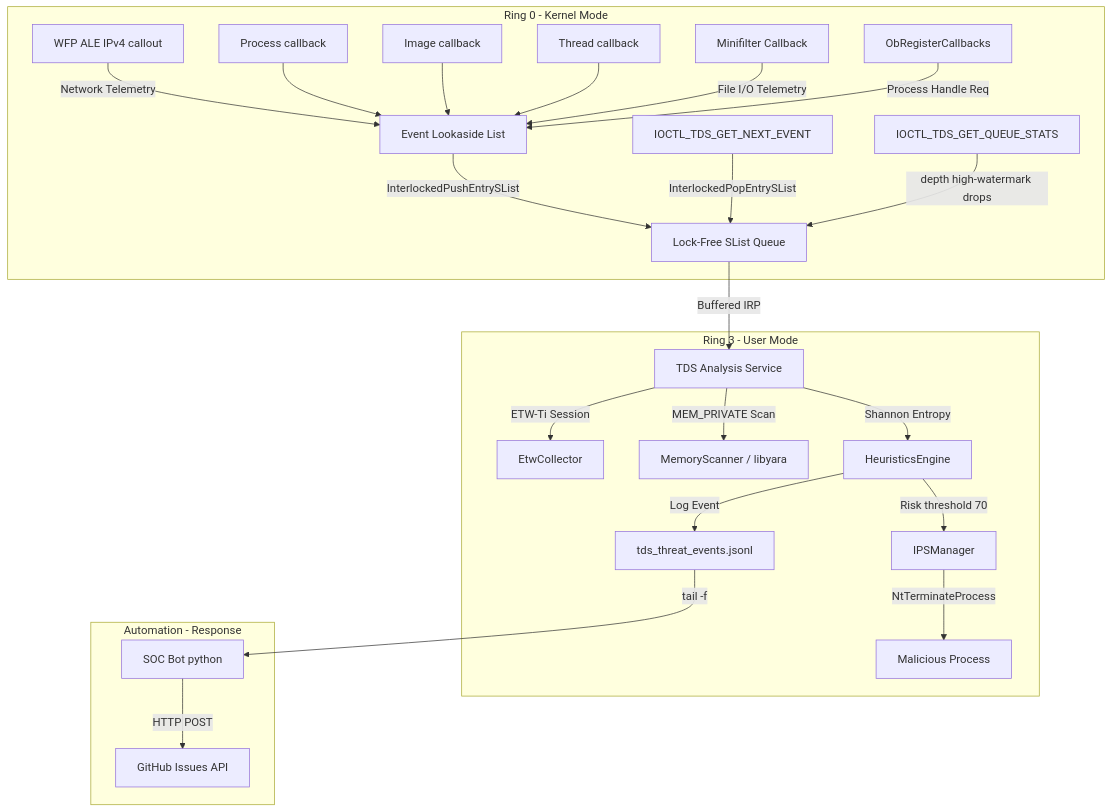
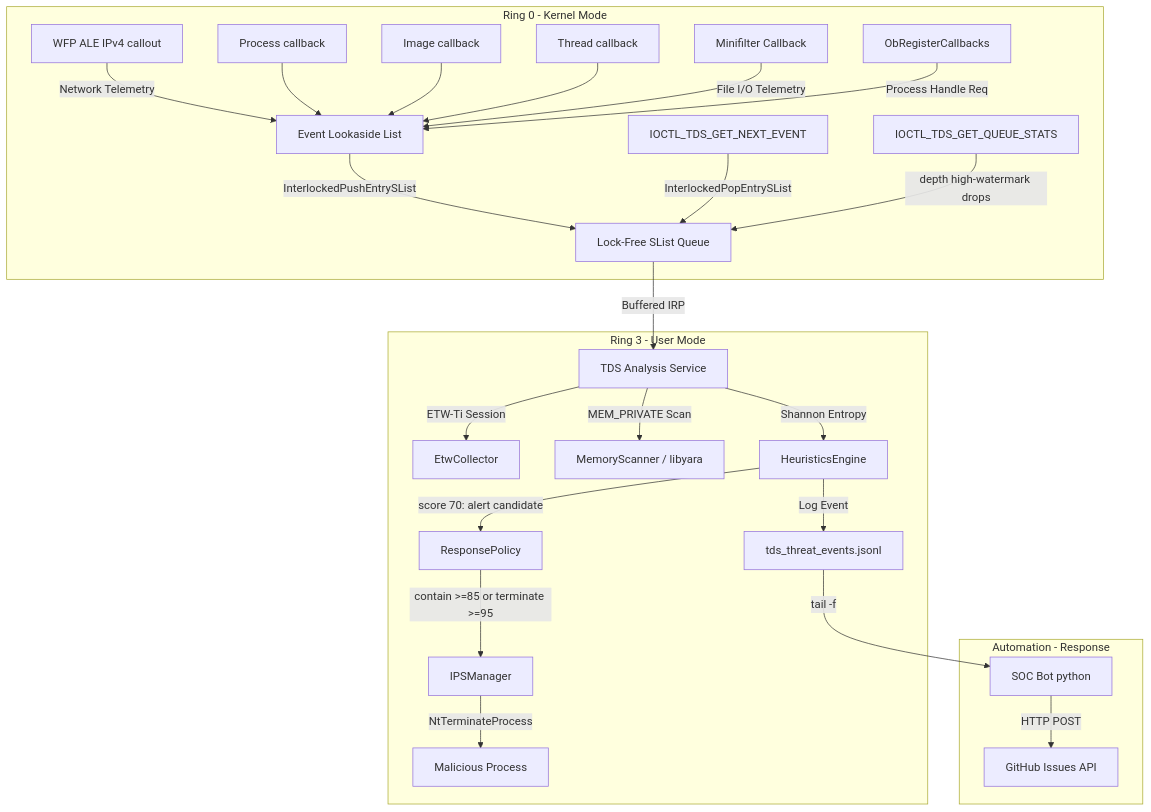
Before and after one commit to genesisgzdev/threat-detection-suite: the diagram in README.md, drawn with Mermaid. The commit also changed 3 other files, not shown here.

Commit message:
fix: preserve response threshold ordering

````diff
--- a/README.md
+++ b/README.md
@@ -20,29 +20,30 @@
 ```mermaid
 graph TD
     subgraph KERNEL["Ring 0 - Kernel Mode"]
         WFP[WFP ALE IPv4 callout] -->|Network Telemetry| EL[Event Lookaside List]
         PROC[Process callback] --> EL;
         IMG[Image callback] --> EL;
         THR[Thread callback] --> EL;
         MF[Minifilter Callback] -->|File I/O Telemetry| EL
         OB[ObRegisterCallbacks] -->|Process Handle Req| EL
         EL -->|InterlockedPushEntrySList| SList[Lock-Free SList Queue]
         IOCTL[IOCTL_TDS_GET_NEXT_EVENT] -->|InterlockedPopEntrySList| SList
         STATS[IOCTL_TDS_GET_QUEUE_STATS] -->|depth high-watermark drops| SList
     end
 
     subgraph USER["Ring 3 - User Mode"]
         SList -->|Buffered IRP| Svc[TDS Analysis Service]
         Svc -->|ETW-Ti Session| ETW[EtwCollector]
         Svc -->|MEM_PRIVATE Scan| YARA["MemoryScanner / libyara"]
         Svc -->|Shannon Entropy| Heuristics[HeuristicsEngine]
-        Heuristics -->|Risk threshold 70| IPS[IPSManager]
+        Heuristics -->|score 70: alert candidate| RP[ResponsePolicy]
+        RP -->|contain >=85 or terminate >=95| IPS[IPSManager]
         IPS -->|NtTerminateProcess| Threat[Malicious Process]
         Heuristics -->|Log Event| Log[tds_threat_events.jsonl]
     end
     
     subgraph RESPONSE["Automation - Response"]
         Log -->|tail -f| Bot[SOC Bot python]
         Bot -->|HTTP POST| GitHub[GitHub Issues API]
     end
 ```
````
